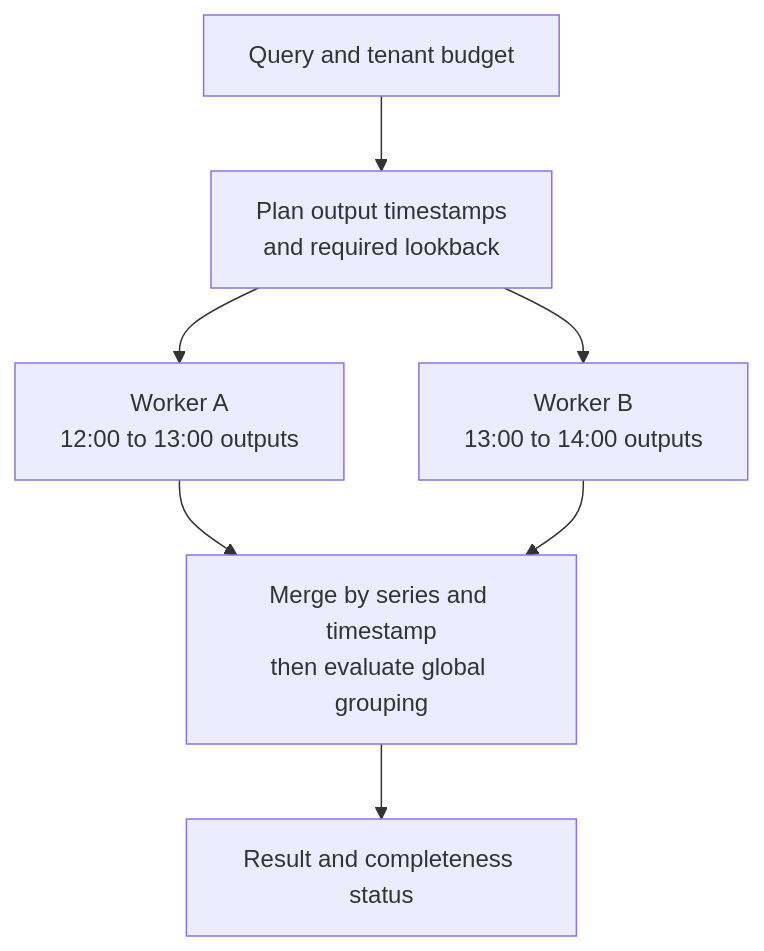
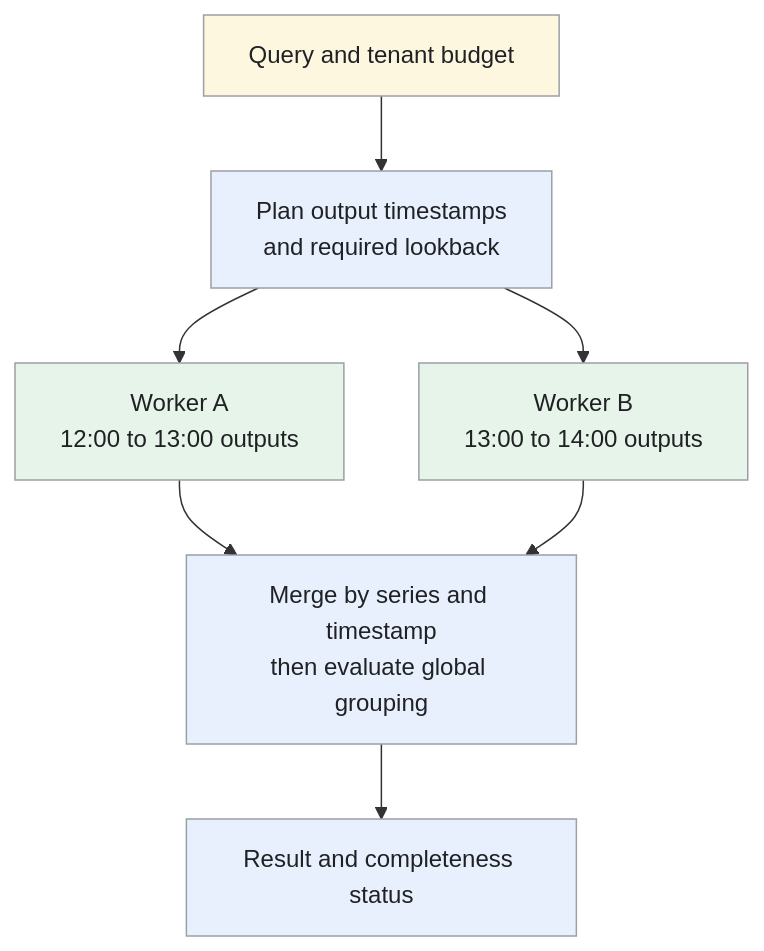
Before and after one commit to iliazlobin/iliazlobin.github.io: the fourth of 4 diagrams in _designs/system-design-metrics-monitoring.md, drawn with Mermaid. The commit also changed other lines of this file and 20 other files, not shown here.

Commit message:
Improve design flows, tradeoffs, and technology references

````diff
--- a/_designs/system-design-metrics-monitoring.md
+++ b/_designs/system-design-metrics-monitoring.md
@@ -276,9 +335,15 @@
 ```mermaid
 flowchart TB
     Q["Query and tenant budget"] --> P["Plan output timestamps<br>and required lookback"]
     P --> A["Worker A<br>12:00 to 13:00 outputs"]
     P --> B["Worker B<br>13:00 to 14:00 outputs"]
     A --> M["Merge by series and timestamp<br>then evaluate global grouping"]
     B --> M
     M --> R["Result and completeness status"]
+  classDef request fill:#e8f0fe,stroke:#9aa0a6,color:#202124,stroke-width:1px
+  classDef background fill:#e6f4ea,stroke:#9aa0a6,color:#202124,stroke-width:1px
+  classDef control fill:#fef7e0,stroke:#9aa0a6,color:#202124,stroke-width:1px
+  class P,M,R request
+  class A,B background
+  class Q control
 ```
````
